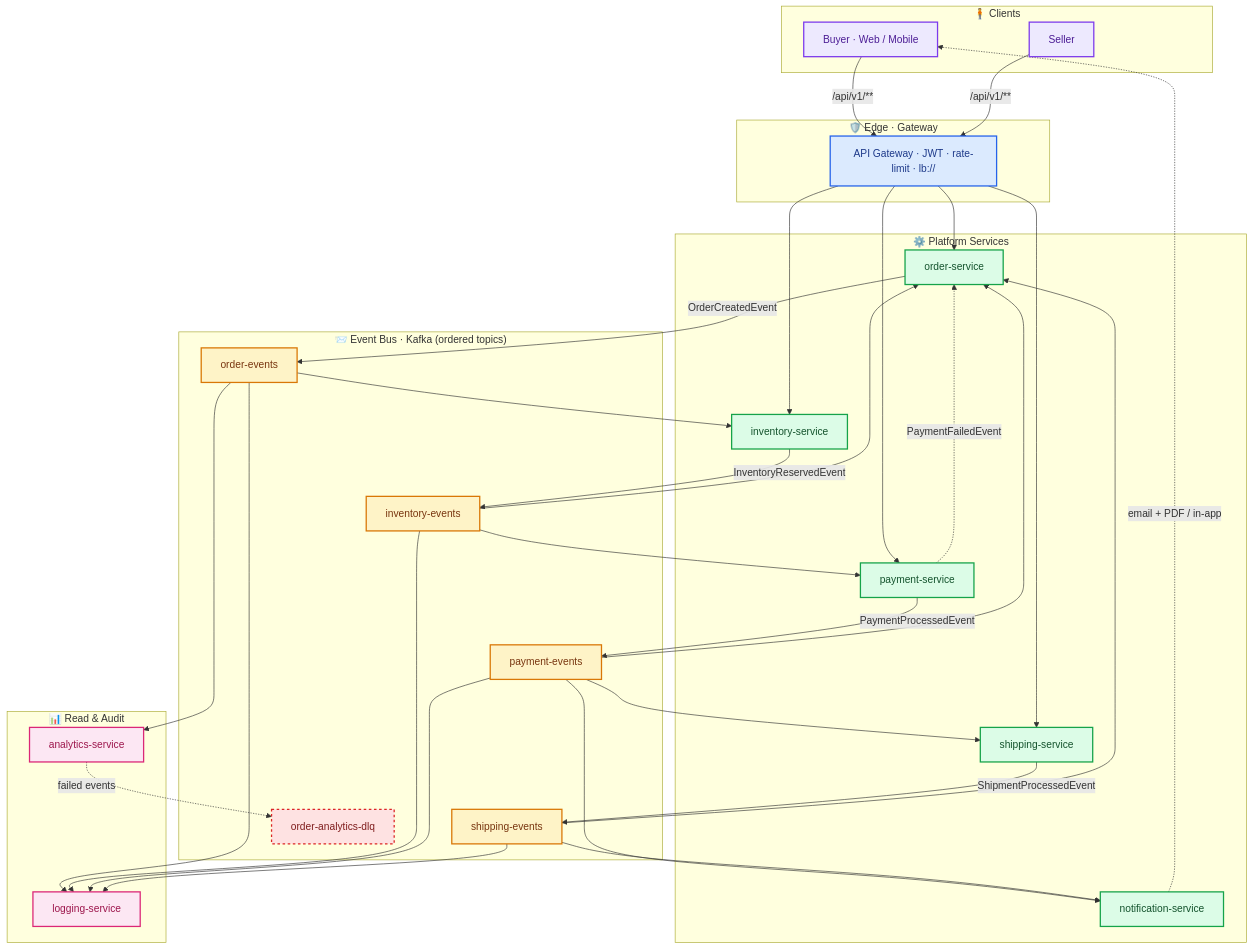
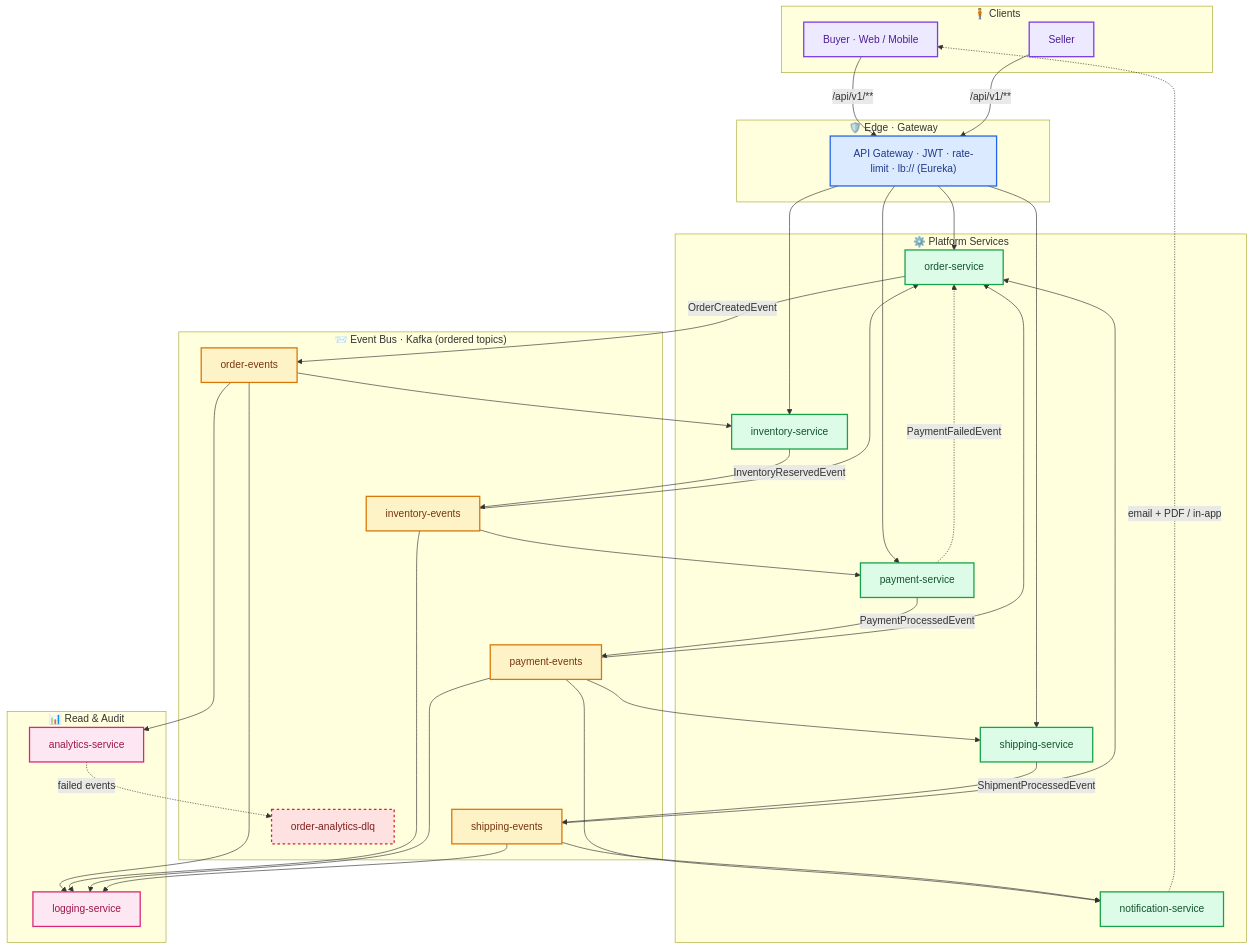
Before and after one commit to zexxitywave/EventDrivenMesh: the second of 3 diagrams in README.md, drawn with Mermaid.

Commit message:
docs(readme): reference Eureka in gateway node label

````diff
--- a/README.md
+++ b/README.md
@@ -209,67 +209,67 @@
 ```mermaid
 flowchart TB
 
     subgraph CLIENTS["🧍 Clients"]
         BUYER["Buyer · Web / Mobile"]
         SELLER["Seller"]
     end
 
     subgraph EDGE["🛡️ Edge · Gateway"]
-        GW["API Gateway · JWT · rate-limit · lb://"]
+        GW["API Gateway · JWT · rate-limit · lb:// (Eureka)"]
     end
 
     subgraph SVC["⚙️ Platform Services"]
         ORD["order-service"]
         INV["inventory-service"]
         PAY["payment-service"]
         SHP["shipping-service"]
         NOT["notification-service"]
     end
 
     subgraph BUS["📨 Event Bus · Kafka (ordered topics)"]
         OE["order-events"]
         IE["inventory-events"]
         PE["payment-events"]
         SE["shipping-events"]
         DLQ["order-analytics-dlq"]
     end
 
     subgraph OBS["📊 Read & Audit"]
         ANS["analytics-service"]
         LGS["logging-service"]
     end
 
     BUYER -- /api/v1/** --> GW
     SELLER -- /api/v1/** --> GW
     GW --> ORD & INV & PAY & SHP
 
     ORD -- OrderCreatedEvent --> OE
     OE --> INV & ANS & LGS
 
     INV -- InventoryReservedEvent --> IE
     IE --> ORD & PAY & LGS
 
     PAY -- PaymentProcessedEvent --> PE
     PE --> ORD & SHP & NOT & LGS
 
     SHP -- ShipmentProcessedEvent --> SE
     SE --> ORD & NOT & LGS
 
     PAY -. PaymentFailedEvent .-> ORD
     NOT -. email + PDF / in-app .-> BUYER
     ANS -. failed events .-> DLQ
 
     classDef client fill:#ede9fe,stroke:#7c3aed,color:#4c1d95,stroke-width:2px;
     classDef edge  fill:#dbeafe,stroke:#2563eb,color:#1e3a8a,stroke-width:2px;
     classDef svc   fill:#dcfce7,stroke:#16a34a,color:#14532d,stroke-width:2px;
     classDef bus   fill:#fef3c7,stroke:#d97706,color:#78350f,stroke-width:2px;
     classDef obs   fill:#fce7f3,stroke:#db2777,color:#9d174d,stroke-width:2px;
     classDef dlq   fill:#fee2e2,stroke:#dc2626,color:#7f1d1d,stroke-width:2px,stroke-dasharray:4;
 
     class BUYER,SELLER client;
     class GW edge;
     class ORD,INV,PAY,SHP,NOT svc;
     class OE,IE,PE,SE bus;
     class ANS,LGS obs;
     class DLQ dlq;
 ```
````
